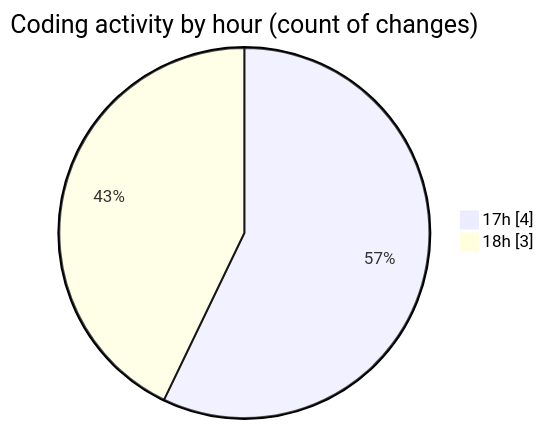
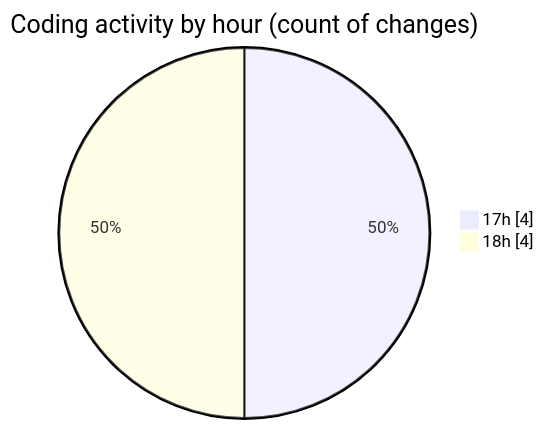
One commit to EIIisD/code-tracking changed the second of 2 diagrams in 2025-08-05/_claude/README.md. Above: the diagram before and after it, drawn with Mermaid. The commit also changed other lines of this file and 1 other file, not shown here.

````diff
--- a/2025-08-05/_claude/README.md
+++ b/2025-08-05/_claude/README.md
@@ -28,6 +29,6 @@
 ```mermaid
 pie showData
 title Coding activity by hour (count of changes)
 "17h" : 4
-"18h" : 3
+"18h" : 4
 ```
````
